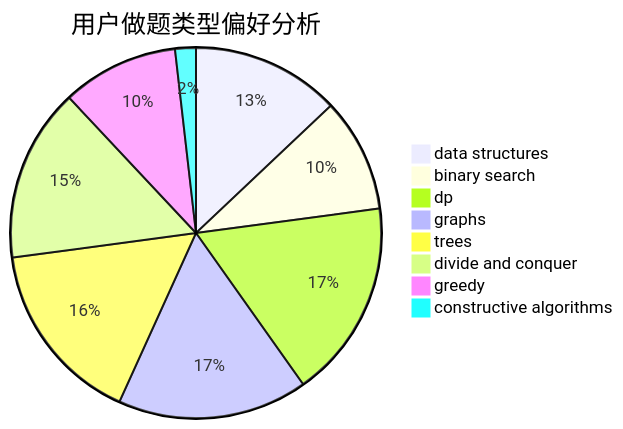
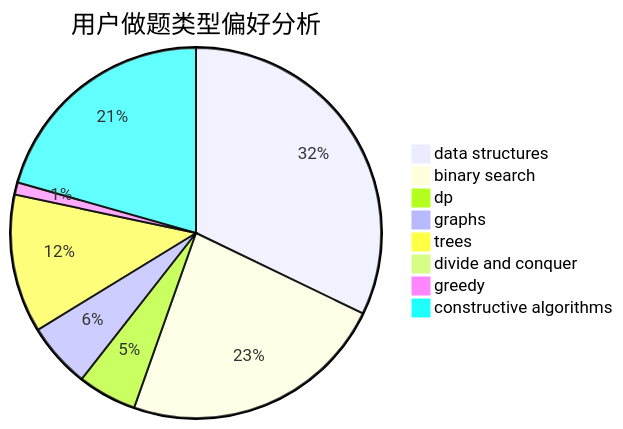
Before and after one commit to sherpahu/cfrs.github.io: the second of 3 diagrams in docs/user/u821.md, drawn with Mermaid. The commit also changed other lines of this file and 2770 other files, not shown here.

````diff
--- a/docs/user/u821.md
+++ b/docs/user/u821.md
@@ -23,11 +23,11 @@
 ```mermaid
 pie title 用户做题类型偏好分析
-    "data structures" :  107
-    "binary search" :  82
-    "dp" :  143
-    "graphs" :  137
-    "trees" :  133
-    "divide and conquer" :  125
-    "greedy" :  84
-    "constructive algorithms" :  15
+    "data structures" :  181
+    "binary search" :  131
+    "dp" :  29
+    "graphs" :  32
+    "trees" :  68
+    "divide and conquer" :  0
+    "greedy" :  6
+    "constructive algorithms" :  116
 ```
````
